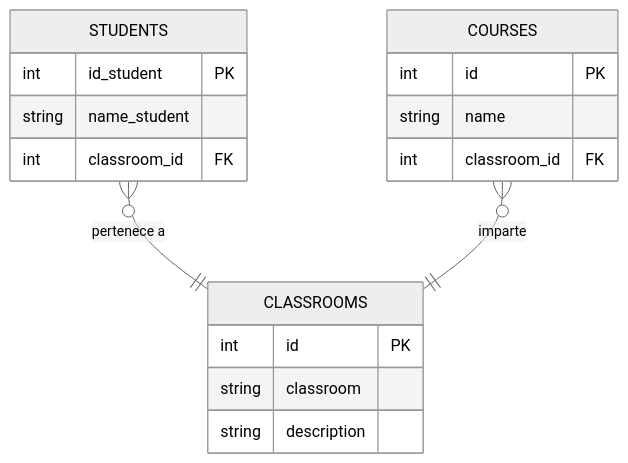
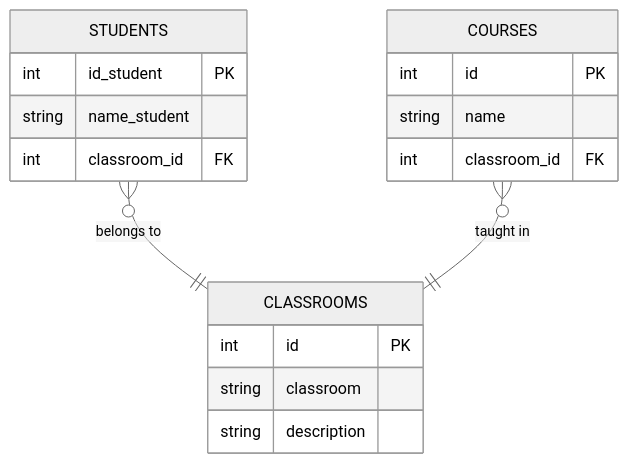
Before and after one commit to iulian640/sql-exercises: the diagram in Ej. - Students-Classrooms-Courses/README.md, drawn with Mermaid (neutral theme). The commit also changed other lines of this file and 3 other files, not shown here.

````diff
--- a/Ej. - Students-Classrooms-Courses/README.md
+++ b/Ej. - Students-Classrooms-Courses/README.md
@@ -46,21 +46,21 @@
 ```mermaid
 erDiagram
     STUDENTS {
         int id_student PK
         string name_student
         int classroom_id FK
     }
     CLASSROOMS {
         int id PK
         string classroom
         string description
     }
     COURSES {
         int id PK
         string name
         int classroom_id FK
     }
 
-    STUDENTS }o--|| CLASSROOMS : "pertenece a"
-    COURSES }o--|| CLASSROOMS : "imparte"
+    STUDENTS }o--|| CLASSROOMS : "belongs to"
+    COURSES }o--|| CLASSROOMS : "taught in"
 ```
````
